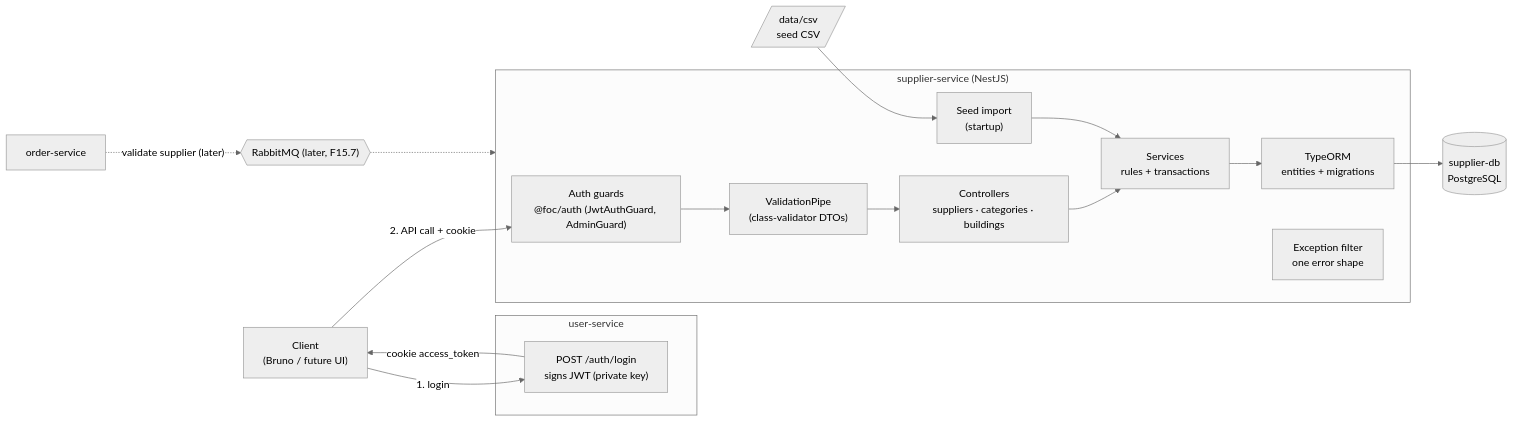
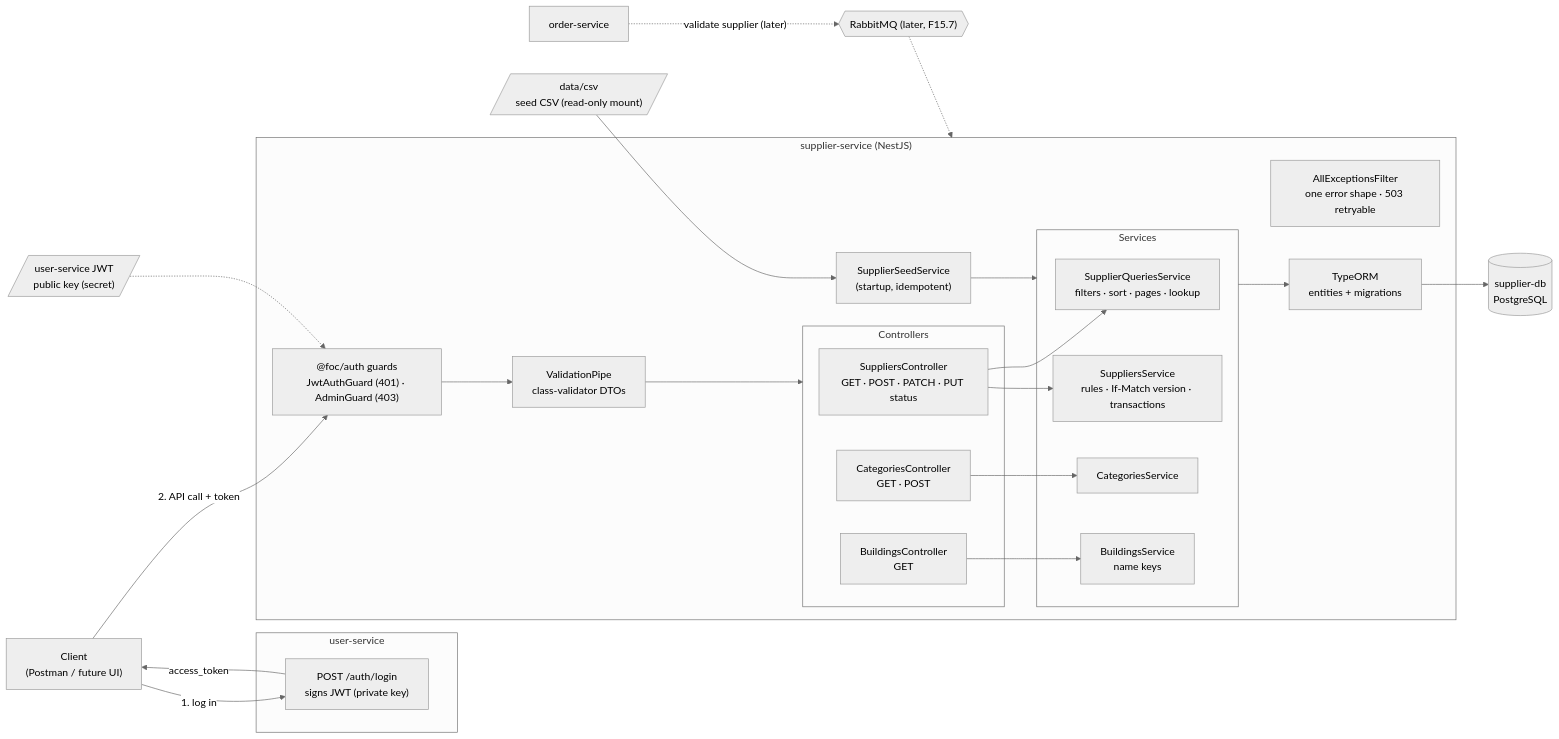
Before and after one commit to AY2627S1-CS3219-P27/FoC: the third of 3 diagrams in supplier-service/README.md, drawn with Mermaid (neutral theme). The commit also changed other lines of this file, not shown here.

First line of the commit message:
Update README diagrams and demo script

````diff
--- a/supplier-service/README.md
+++ b/supplier-service/README.md
@@ -367,27 +380,42 @@
 ```mermaid
 flowchart LR
-    client["Client<br/>(Bruno / future UI)"]
+    client["Client<br/>(Postman / future UI)"]
     subgraph US["user-service"]
       login["POST /auth/login<br/>signs JWT (private key)"]
     end
     subgraph SS["supplier-service (NestJS)"]
-      guard["Auth guards<br/>@foc/auth (JwtAuthGuard, AdminGuard)"]
-      pipe["ValidationPipe<br/>(class-validator DTOs)"]
-      ctrl["Controllers<br/>suppliers · categories · buildings"]
-      svc["Services<br/>rules + transactions"]
+      guards["@foc/auth guards<br/>JwtAuthGuard (401) · AdminGuard (403)"]
+      pipe["ValidationPipe<br/>class-validator DTOs"]
+      subgraph C["Controllers"]
+        sc["SuppliersController<br/>GET · POST · PATCH · PUT status"]
+        cc["CategoriesController<br/>GET · POST"]
+        bc["BuildingsController<br/>GET"]
+      end
+      subgraph S["Services"]
+        reads["SupplierQueriesService<br/>filters · sort · pages · lookup"]
+        writes["SuppliersService<br/>rules · If-Match version · transactions"]
+        cats["CategoriesService"]
+        blds["BuildingsService<br/>name keys"]
+      end
+      seed["SupplierSeedService<br/>(startup, idempotent)"]
+      filter["AllExceptionsFilter<br/>one error shape · 503 retryable"]
       orm["TypeORM<br/>entities + migrations"]
-      filter["Exception filter<br/>one error shape"]
-      seed["Seed import<br/>(startup)"]
     end
     db[("supplier-db<br/>PostgreSQL")]
-    csv[/"data/csv<br/>seed CSV"/]
+    csv[/"data/csv<br/>seed CSV (read-only mount)"/]
+    key[/"user-service JWT<br/>public key (secret)"/]
     mq{{"RabbitMQ (later, F15.7)"}}
     order["order-service"]
 
-    client -- "1. login" --> login
-    login -- "cookie access_token" --> client
-    client -- "2. API call + cookie" --> guard --> pipe --> ctrl --> svc --> orm --> db
-    seed --> svc
-    csv --> seed
+    client -- "1. log in" --> login
+    login -- "access_token" --> client
+    client -- "2. API call + token" --> guards --> pipe --> C
+    key -.-> guards
+    sc --> reads
+    sc --> writes
+    cc --> cats
+    bc --> blds
+    S --> orm --> db
+    csv --> seed --> S
     order -. "validate supplier (later)" .-> mq -.-> SS
 ```
````
